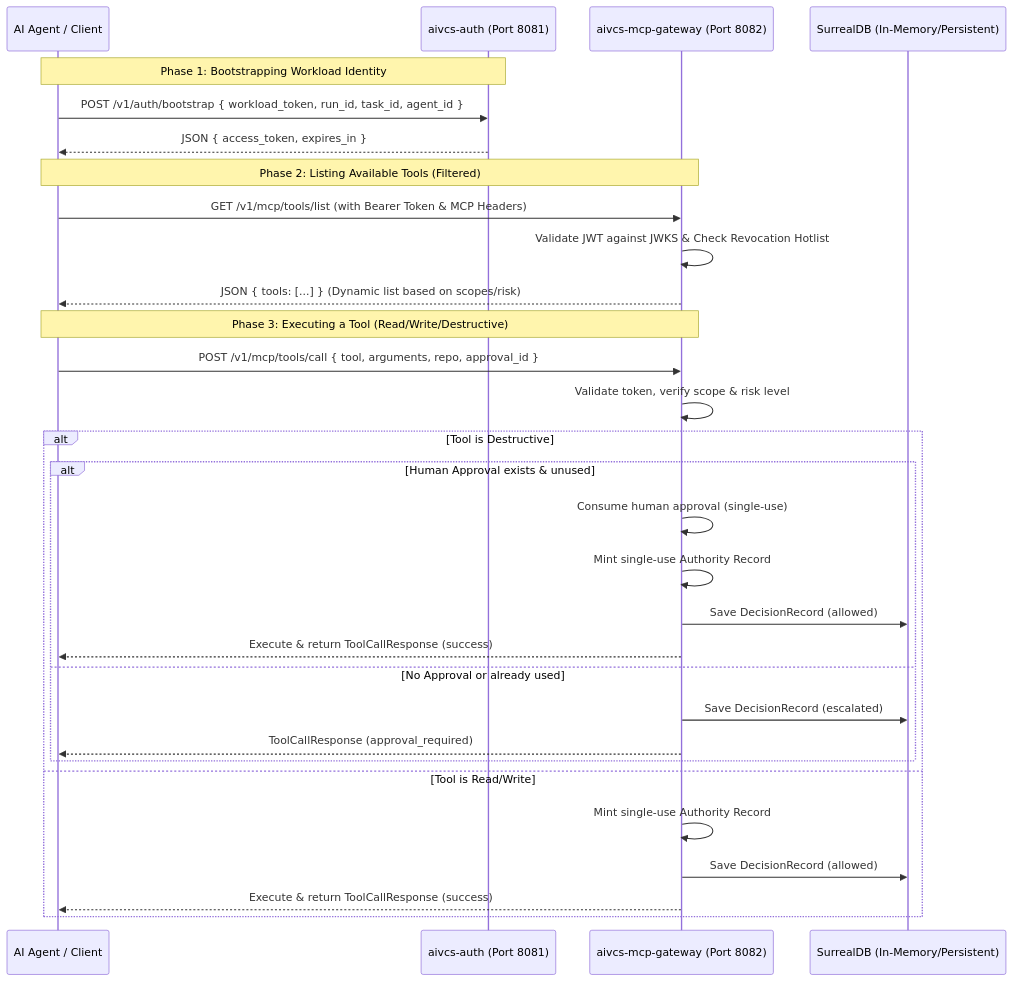
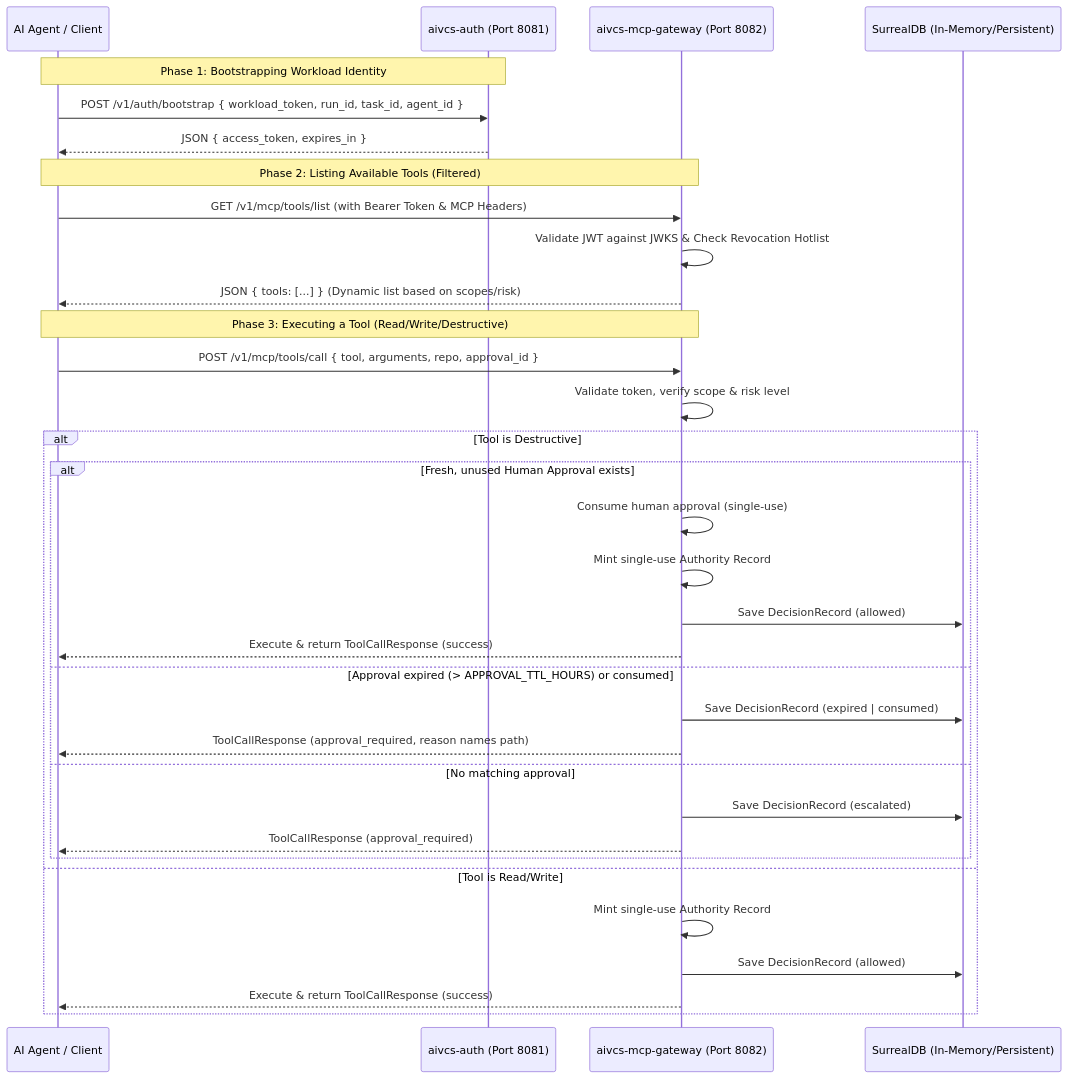
One commit to stevedores-org/aivcs changed the diagram in docs/mcp-auth-guide.md. Above: the diagram before and after it, drawn with Mermaid. The commit also changed other lines of this file, not shown here.

First line of the commit message:
docs(mcp-auth-guide): TTL, Phase-1 limits, JWT claims table, error catalog

````diff
--- a/docs/mcp-auth-guide.md
+++ b/docs/mcp-auth-guide.md
@@ -11,35 +16,38 @@
 ```mermaid
 sequenceDiagram
     participant Agent as AI Agent / Client
     participant Auth as aivcs-auth (Port 8081)
     participant GW as aivcs-mcp-gateway (Port 8082)
     participant DB as SurrealDB (In-Memory/Persistent)
 
     Note over Agent, Auth: Phase 1: Bootstrapping Workload Identity
     Agent->>Auth: POST /v1/auth/bootstrap { workload_token, run_id, task_id, agent_id }
     Auth-->>Agent: JSON { access_token, expires_in }
 
     Note over Agent, GW: Phase 2: Listing Available Tools (Filtered)
     Agent->>GW: GET /v1/mcp/tools/list (with Bearer Token & MCP Headers)
     GW->>GW: Validate JWT against JWKS & Check Revocation Hotlist
     GW-->>Agent: JSON { tools: [...] } (Dynamic list based on scopes/risk)
 
     Note over Agent, GW: Phase 3: Executing a Tool (Read/Write/Destructive)
     Agent->>GW: POST /v1/mcp/tools/call { tool, arguments, repo, approval_id }
     GW->>GW: Validate token, verify scope & risk level
     alt Tool is Destructive
-        alt Human Approval exists & unused
+        alt Fresh, unused Human Approval exists
             GW->>GW: Consume human approval (single-use)
             GW->>GW: Mint single-use Authority Record
             GW->>DB: Save DecisionRecord (allowed)
             GW-->>Agent: Execute & return ToolCallResponse (success)
-        else No Approval or already used
+        else Approval expired (> APPROVAL_TTL_HOURS) or consumed
+            GW->>DB: Save DecisionRecord (expired | consumed)
+            GW-->>Agent: ToolCallResponse (approval_required, reason names path)
+        else No matching approval
             GW->>DB: Save DecisionRecord (escalated)
             GW-->>Agent: ToolCallResponse (approval_required)
         end
     else Tool is Read/Write
         GW->>GW: Mint single-use Authority Record
         GW->>DB: Save DecisionRecord (allowed)
         GW-->>Agent: Execute & return ToolCallResponse (success)
     end
 ```
````
